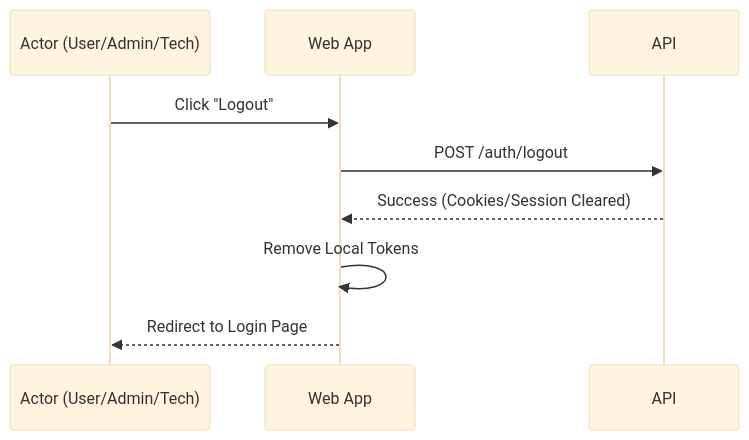
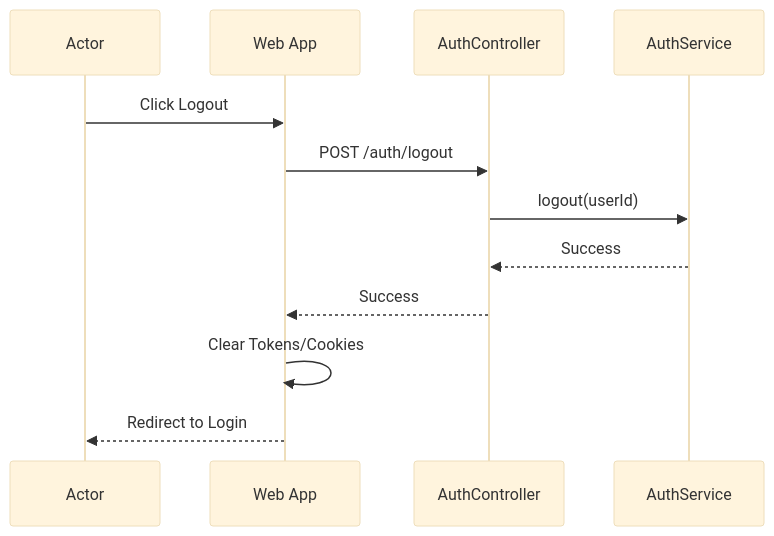
Before and after one commit to duong4444/agribot-dev: the fifth of 5 diagrams in DOC-TTCS/authentication_docs.md, drawn with Mermaid (base theme). The commit also changed other lines of this file and 7 other files, not shown here.

````diff
--- a/DOC-TTCS/authentication_docs.md
+++ b/DOC-TTCS/authentication_docs.md
@@ -190,12 +201,15 @@
 ```mermaid
 sequenceDiagram
-    participant A as Actor (User/Admin/Tech)
+    participant A as Actor
     participant FE as Web App
-    participant BE as API
+    participant CTL as AuthController
+    participant SVC as AuthService
 
-    A->>FE: Click "Logout"
-    FE->>BE: POST /auth/logout
-    BE-->>FE: Success (Cookies/Session Cleared)
-    FE->>FE: Remove Local Tokens
-    FE-->>A: Redirect to Login Page
+    A->>FE: Click Logout
+    FE->>CTL: POST /auth/logout
+    CTL->>SVC: logout(userId)
+    SVC-->>CTL: Success
+    CTL-->>FE: Success
+    FE->>FE: Clear Tokens/Cookies
+    FE-->>A: Redirect to Login
 ```
````
